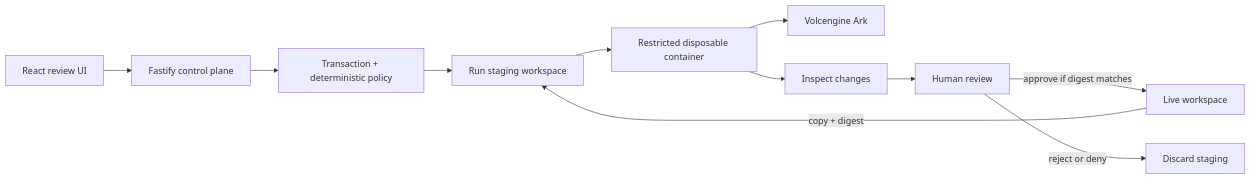
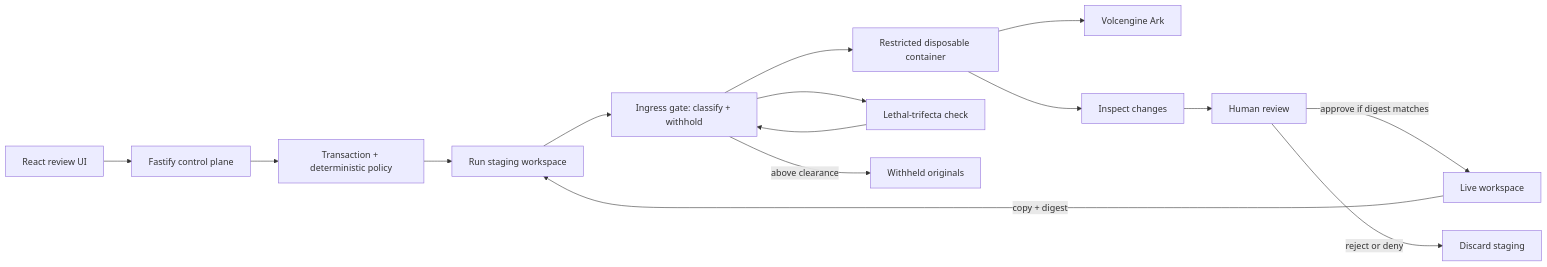
One commit to 0necloud/TechJam changed the diagram in README.md. Above: the diagram before and after it, drawn with Mermaid. The commit also changed other lines of this file and 20 other files, not shown here.

````diff
--- a/README.md
+++ b/README.md
@@ -225,10 +234,12 @@
 ```mermaid
 flowchart LR
     UI["React review UI"] --> API["Fastify control plane"]
     API --> TX["Transaction + deterministic policy"]
     Live["Live workspace"] -->|copy + digest| Stage["Run staging workspace"]
-    TX --> Stage --> Container["Restricted disposable container"] --> Ark["Volcengine Ark"]
+    TX --> Stage --> Gate["Ingress gate: classify + withhold"] --> Container["Restricted disposable container"] --> Ark["Volcengine Ark"]
+    Gate --> Tri["Lethal-trifecta check"] --> Gate
+    Gate -->|above clearance| Held["Withheld originals"]
     Container --> Inspect["Inspect changes"] --> Review["Human review"]
     Review -->|approve if digest matches| Live
     Review -->|reject or deny| Discard["Discard staging"]
 ```
````
